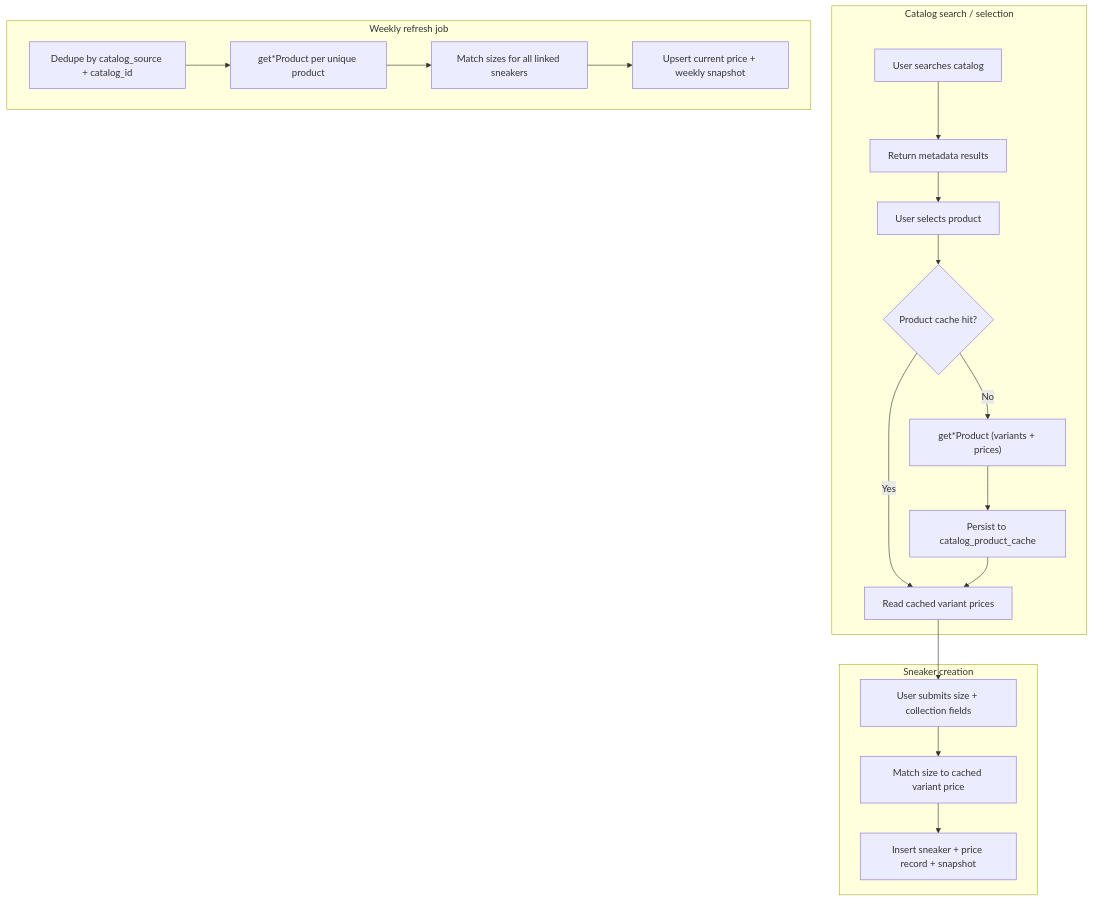
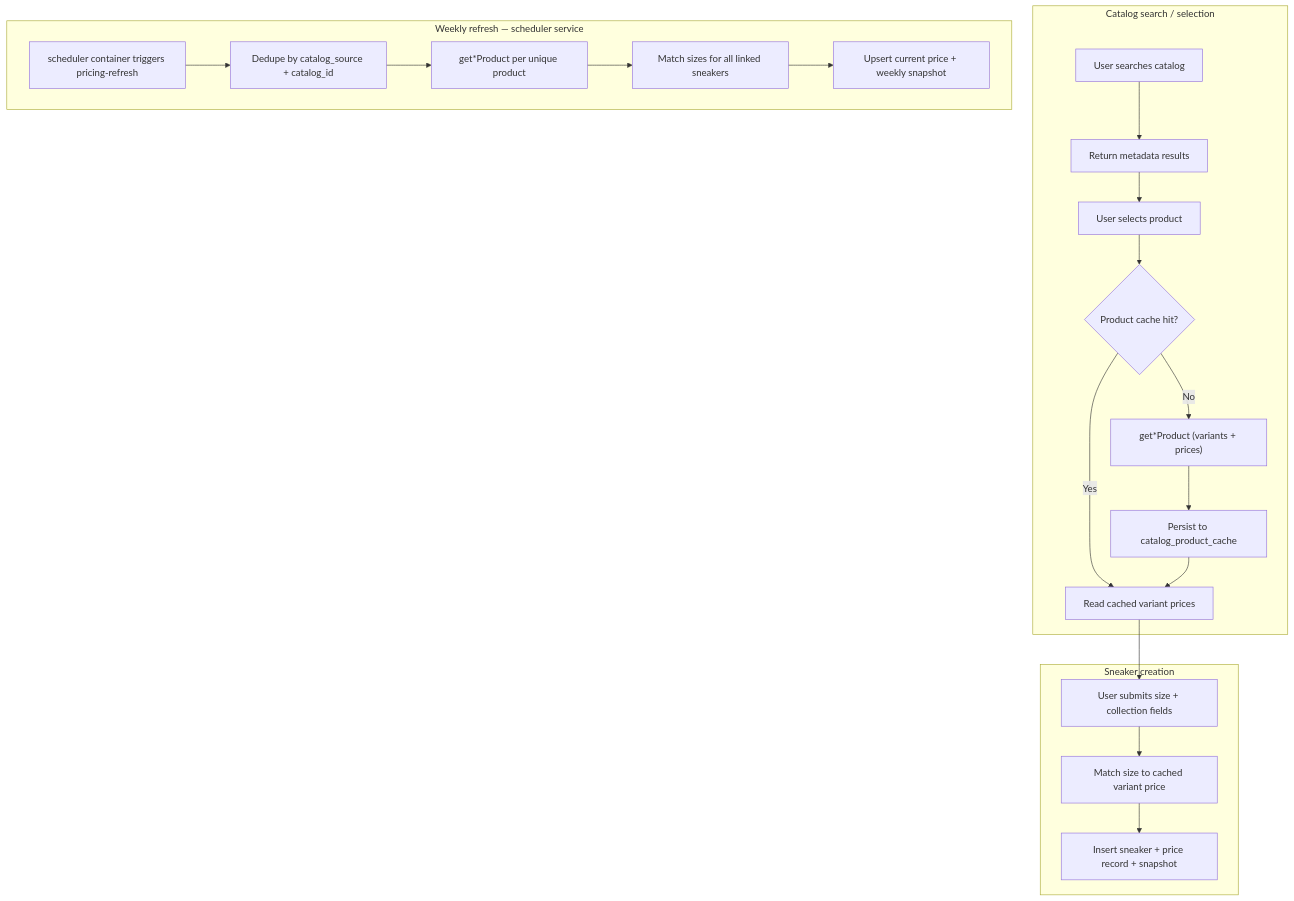
Before and after one commit to zendamacf/kixvault: the second of 2 diagrams in docs/sneaker-market-pricing-plan.md, drawn with Mermaid. The commit also changed other lines of this file, not shown here.

First line of the commit message:
docs: specify scheduler service for weekly pricing refresh

````diff
--- a/docs/sneaker-market-pricing-plan.md
+++ b/docs/sneaker-market-pricing-plan.md
@@ -144,24 +144,25 @@
 ```mermaid
 flowchart TD
     subgraph search [Catalog search / selection]
         A[User searches catalog] --> B[Return metadata results]
         B --> C[User selects product]
         C --> D{Product cache hit?}
         D -->|No| E["get*Product (variants + prices)"]
         D -->|Yes| F[Read cached variant prices]
         E --> G[Persist to catalog_product_cache]
         G --> F
     end
 
     subgraph create [Sneaker creation]
         F --> H[User submits size + collection fields]
         H --> I[Match size to cached variant price]
         I --> J[Insert sneaker + price record + snapshot]
     end
 
-    subgraph refresh [Weekly refresh job]
-        K[Dedupe by catalog_source + catalog_id] --> L["get*Product per unique product"]
-        L --> M[Match sizes for all linked sneakers]
-        M --> N[Upsert current price + weekly snapshot]
+    subgraph refresh [Weekly refresh — scheduler service]
+        K[scheduler container triggers pricing-refresh] --> L[Dedupe by catalog_source + catalog_id]
+        L --> M["get*Product per unique product"]
+        M --> N[Match sizes for all linked sneakers]
+        N --> O[Upsert current price + weekly snapshot]
     end
 ```
````
